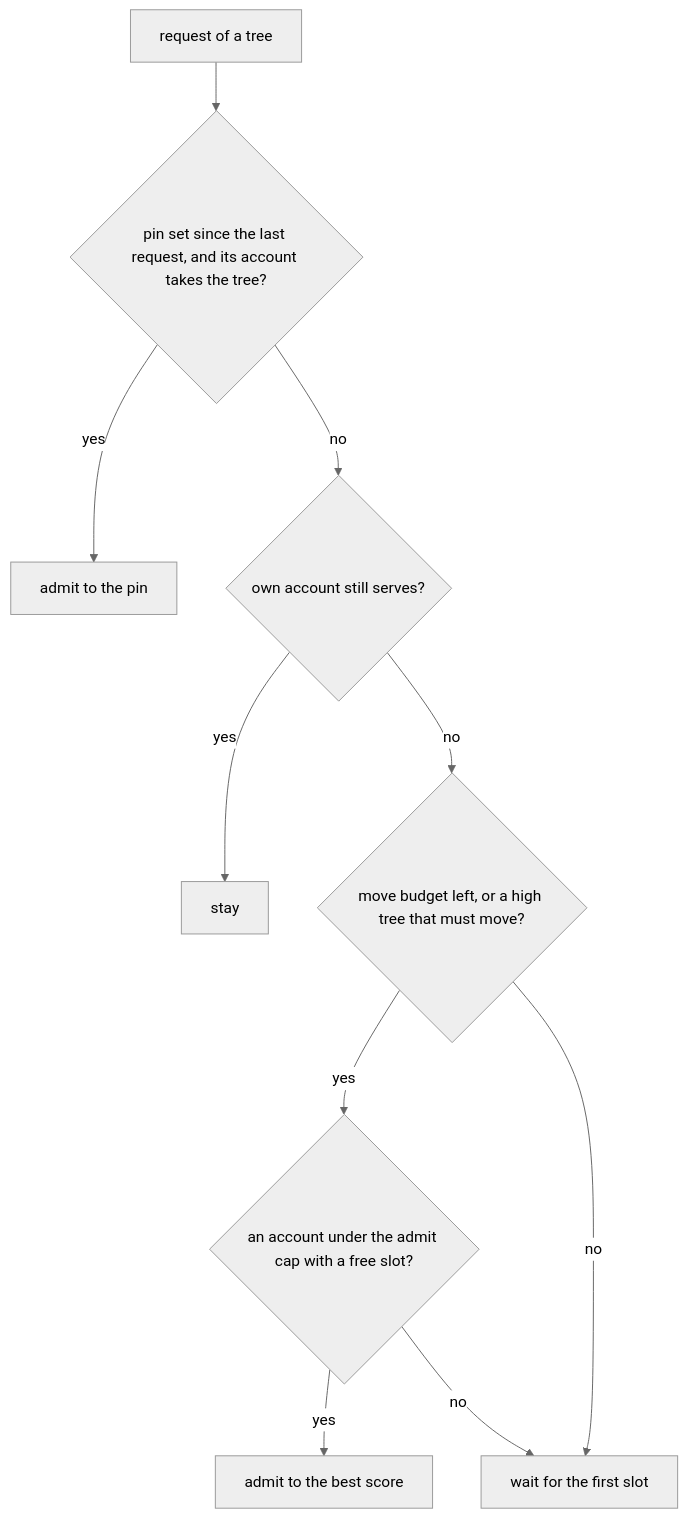
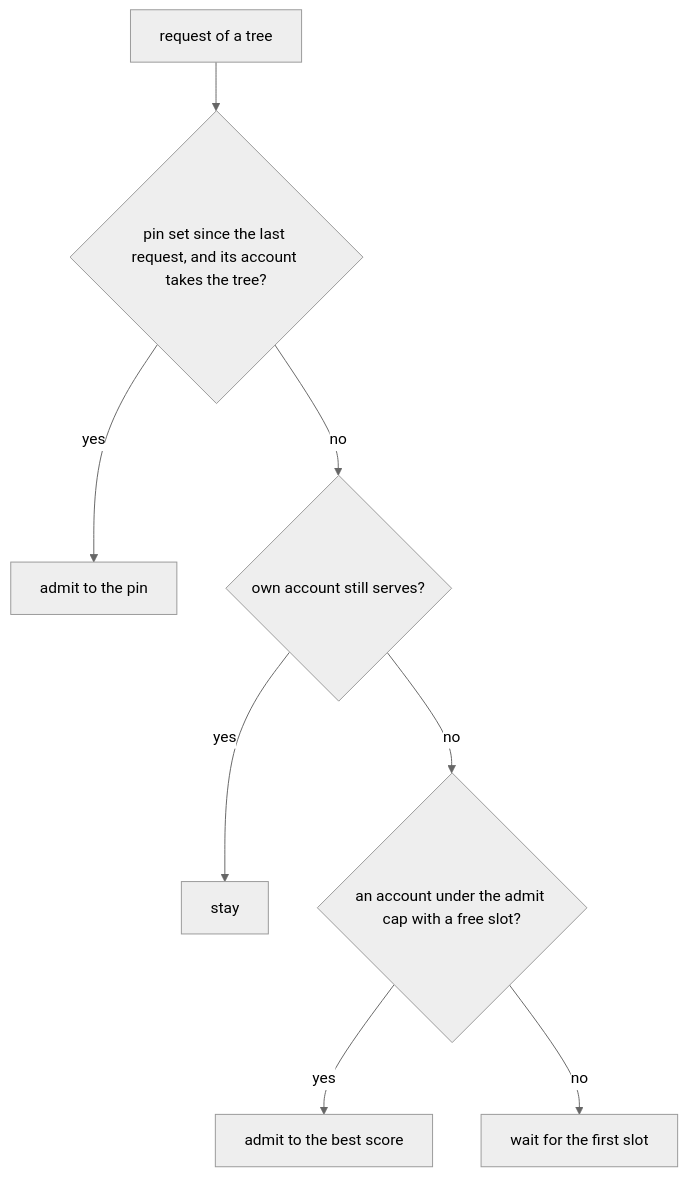
One commit to sieu-n/sieun-pi changed the diagram in components/pi-pool/README.md. Above: the diagram before and after it, drawn with Mermaid (neutral theme). The commit also changed other lines of this file and 6 other files, not shown here.

Commit message:
fix(pi-pool): a tree past its daily move budget moves like any other and the switch logs budget_overrun, instead of waiting up to an hour for its own account (owner 10-18: every arbitrary limit becomes a soft cap); budget_wait_max_sec is gone

````diff
--- a/components/pi-pool/README.md
+++ b/components/pi-pool/README.md
@@ -306,12 +306,10 @@
 ```mermaid
 flowchart TD
   R[request of a tree] --> P{pin set since the last request, and its account takes the tree?}
   P -- yes --> A[admit to the pin]
   P -- no --> S{own account still serves?}
   S -- yes --> STAY[stay]
-  S -- no --> B{move budget left, or a high tree that must move?}
-  B -- yes --> C{an account under the admit cap with a free slot?}
-  B -- no --> W
+  S -- no --> C{an account under the admit cap with a free slot?}
   C -- yes --> A2[admit to the best score]
   C -- no --> W[wait for the first slot]
 ```
````
